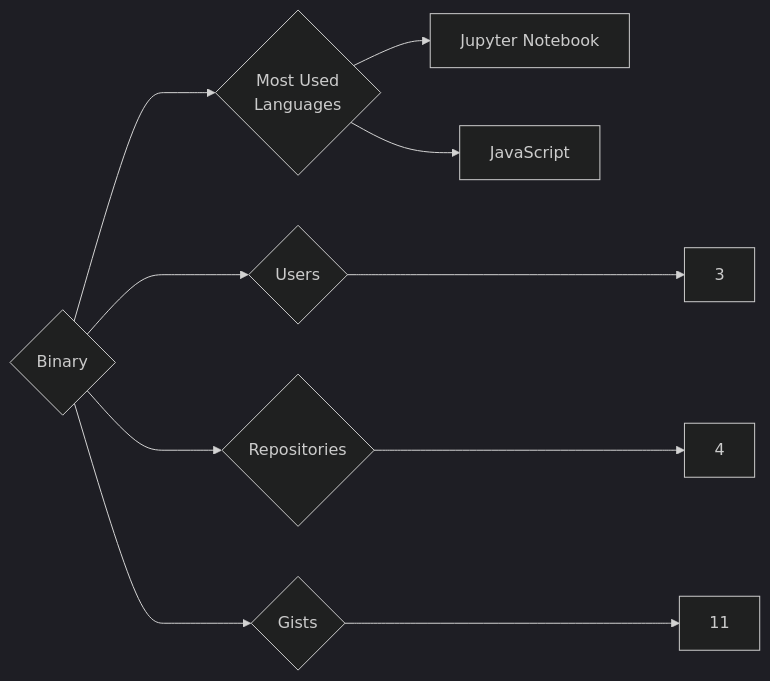
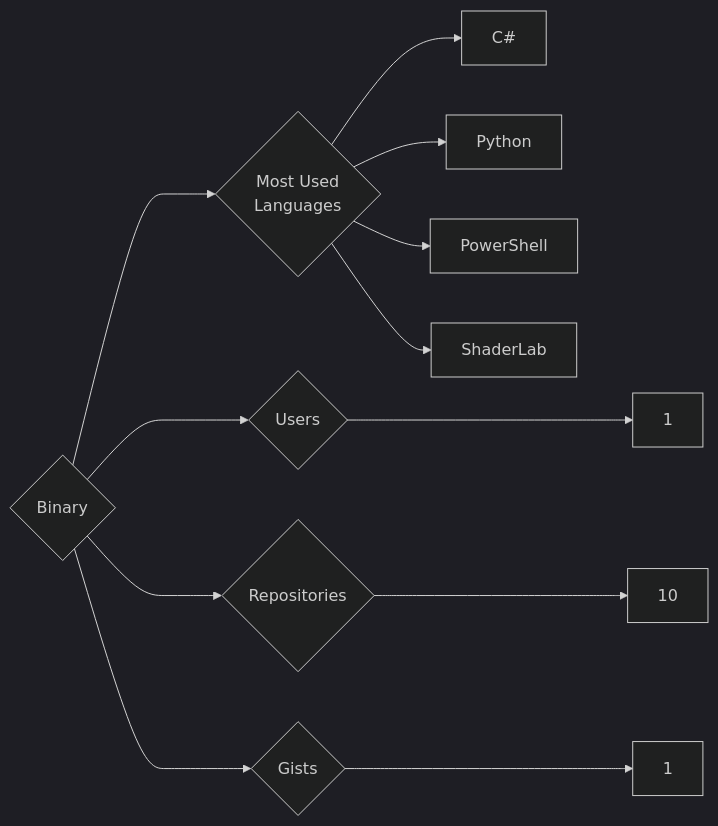
Before and after one commit to trickest/insiders: the diagram in targets/Binary/README.md, drawn with Mermaid (dark theme). The commit also changed 1078 other files, not shown here.

````diff
--- a/targets/Binary/README.md
+++ b/targets/Binary/README.md
@@ -3,10 +3,12 @@
 ```mermaid
 graph LR
 COMPANY_NAME{Binary}
-COMPANY_NAME ---> U{Users} ---> UN[3]
-COMPANY_NAME ---> R{Repositories} ---> RN[4]
-COMPANY_NAME ---> G{Gists} ---> GN[11]
+COMPANY_NAME ---> U{Users} ---> UN[1]
+COMPANY_NAME ---> R{Repositories} ---> RN[10]
+COMPANY_NAME ---> G{Gists} ---> GN[1]
 COMPANY_NAME ---> ML{Most Used<br>Languages}
-ML --> Jupyter_Notebook[Jupyter Notebook]
-ML --> JavaScript[JavaScript]
+ML --> C#[C#]
+ML --> Python[Python]
+ML --> PowerShell[PowerShell]
+ML --> ShaderLab[ShaderLab]
 ```
````
